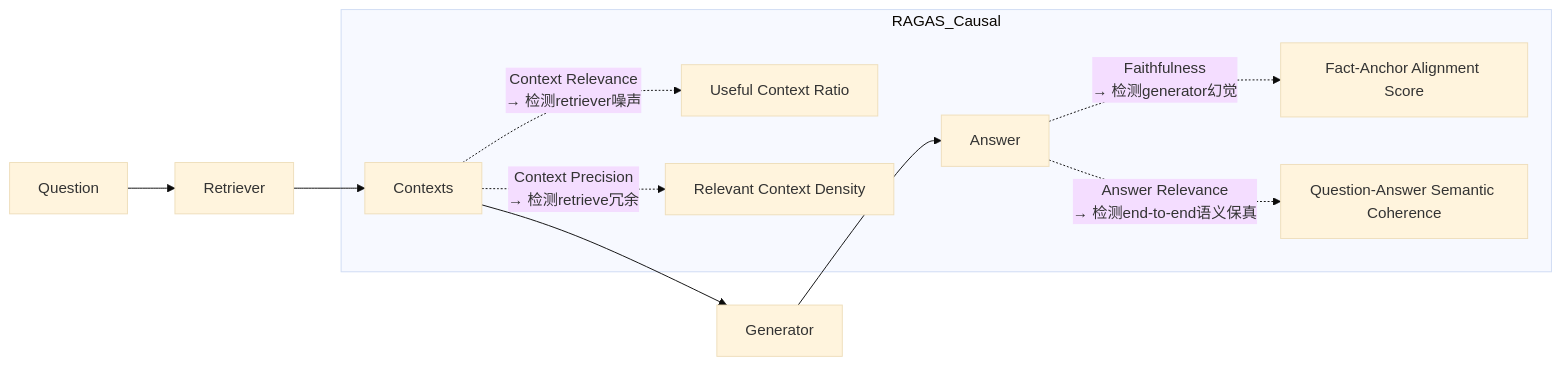
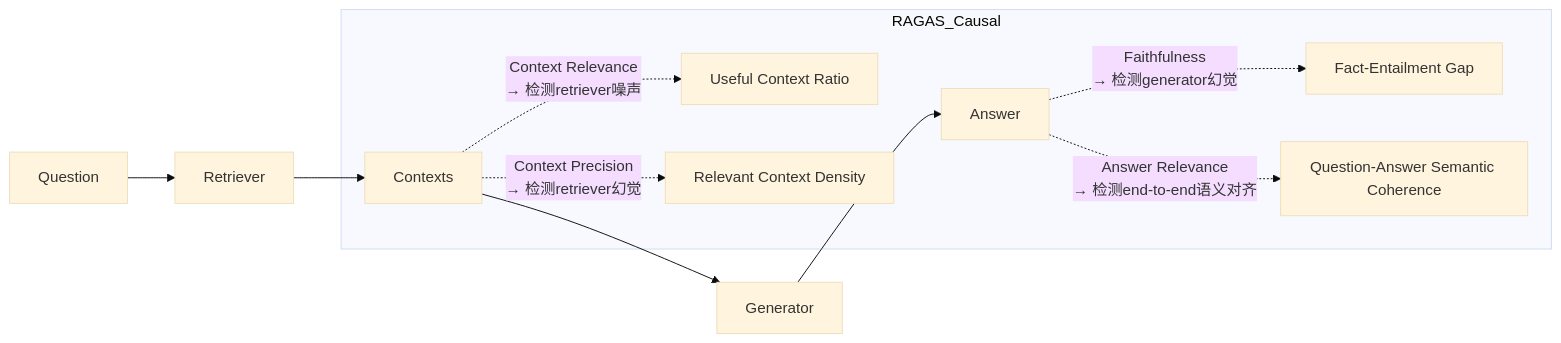
One commit to liuwei1993/ai-llm-agent-knowledge changed the diagram in 05-RAG检索增强生成/rag评估指标ragas.md. Above: the diagram before and after it, drawn with Mermaid (base theme). The commit also changed other lines of this file and 5 other files, not shown here.

Commit message:
并行扩写5篇: 重排序方法, Graph-RAG, Agentic-RAG 等5篇

````diff
--- a/05-RAG检索增强生成/rag评估指标ragas.md
+++ b/05-RAG检索增强生成/rag评估指标ragas.md
@@ -24,13 +24,13 @@
 ```mermaid
 graph LR
 A[Question] --> B[Retriever]
 B --> C[Contexts]
 C --> D[Generator]
 D --> E[Answer]
 subgraph RAGAS_Causal
 C -.->|Context Relevance<br>→ 检测retriever噪声| F[Useful Context Ratio]
-C -.->|Context Precision<br>→ 检测retrieve冗余| G[Relevant Context Density]
-E -.->|Faithfulness<br>→ 检测generator幻觉| H[Fact-Anchor Alignment Score]
-E -.->|Answer Relevance<br>→ 检测end-to-end语义保真| I[Question-Answer Semantic Coherence]
+C -.->|Context Precision<br>→ 检测retriever幻觉| G[Relevant Context Density]
+E -.->|Faithfulness<br>→ 检测generator幻觉| H[Fact-Entailment Gap]
+E -.->|Answer Relevance<br>→ 检测end-to-end语义对齐| I[Question-Answer Semantic Coherence]
 end
 ```
````
